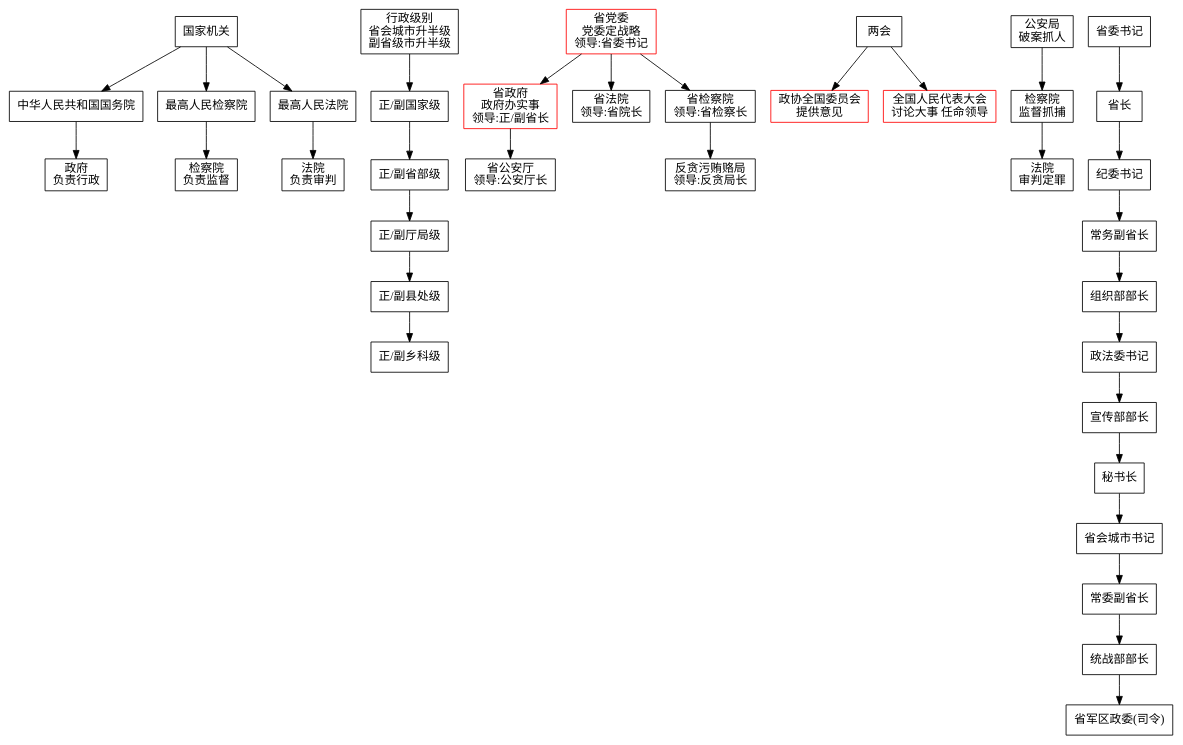
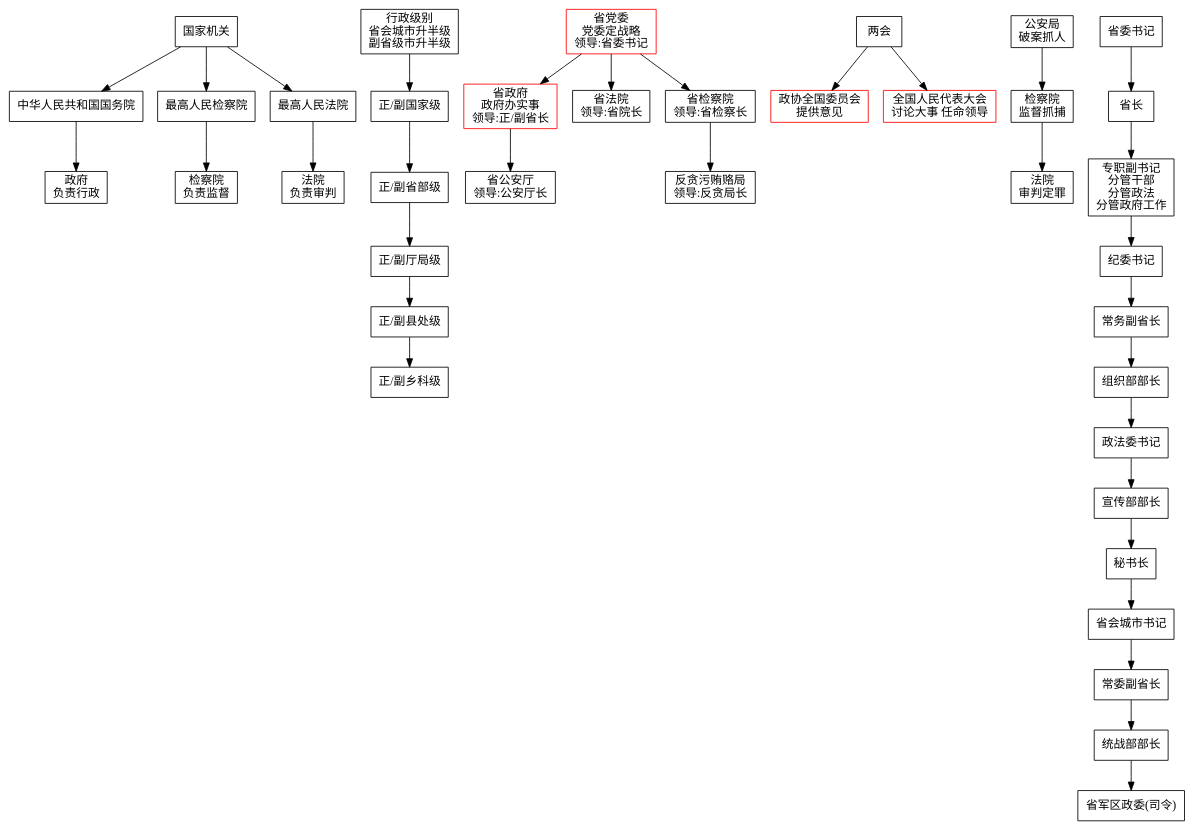
The diagram in Gov.dot (JamesHopbourn/matplotlib-with-travis), drawn with Graphviz before and after one commit.

```diff
--- a/Gov.dot
+++ b/Gov.dot
@@ -1,25 +1,25 @@
 digraph Orthogonal {
   node [shape=box];
   "国家机关" -> "中华人民共和国国务院" -> "政府\n负责行政";
   "国家机关" -> "最高人民检察院" -> "检察院\n负责监督";
   "国家机关" -> "最高人民法院" -> "法院\n负责审判";
 
   "行政级别\n省会城市升半级\n副省级市升半级" -> "正/副国家级" -> "正/副省部级" -> "正/副厅局级" -> "正/副县处级" -> "正/副乡科级";
 
   "省党委\n党委定战略\n领导:省委书记" [color="#FF0000"];
   "省政府\n政府办实事\n领导:正/副省长" [color="#FF0000"];
   "政协全国委员会\n提供意见" [color="#FF0000"];
   "全国人民代表大会\n讨论大事 任命领导" [color="#FF0000"];
 
 
   "省党委\n党委定战略\n领导:省委书记" -> "省政府\n政府办实事\n领导:正/副省长" -> "省公安厅\n领导:公安厅长";
   "省党委\n党委定战略\n领导:省委书记" -> "省法院\n领导:省院长";
   "省党委\n党委定战略\n领导:省委书记" -> "省检察院\n领导:省检察长" -> "反贪污贿赂局\n领导:反贪局长"; 
 
   "两会" -> "全国人民代表大会\n讨论大事 任命领导";
   "两会" -> "政协全国委员会\n提供意见";
 
   "公安局\n破案抓人" -> "检察院\n监督抓捕" -> "法院\n审判定罪";
   
-  "省委书记" -> "省长" -> "纪委书记" -> "常务副省长" -> "组织部部长" -> "政法委书记" -> "宣传部部长" -> "秘书长" -> "省会城市书记" -> "常委副省长" -> "统战部部长" -> "省军区政委(司令)";
+  "省委书记" -> "省长" -> "专职副书记\n分管干部\n分管政法\n分管政府工作" -> "纪委书记" -> "常务副省长" -> "组织部部长" -> "政法委书记" -> "宣传部部长" -> "秘书长" -> "省会城市书记" -> "常委副省长" -> "统战部部长" -> "省军区政委(司令)";
 }
```
